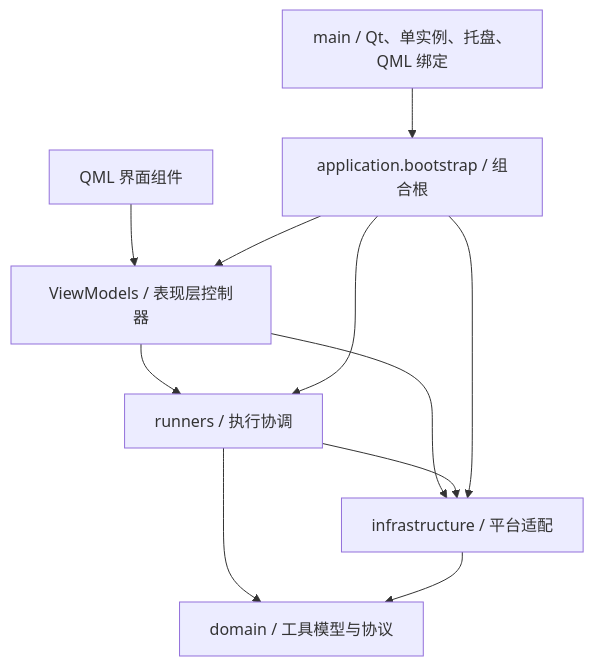
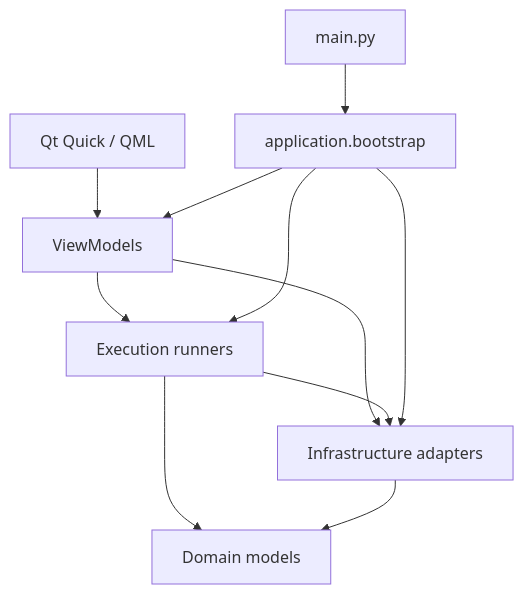
One commit to popkter/PopToolProject changed the diagram in docs/Software-Design.md. Above: the diagram before and after it, drawn with Mermaid. The commit also changed other lines of this file and 45 other files, not shown here.

````diff
--- a/docs/Software-Design.md
+++ b/docs/Software-Design.md
@@ -40,13 +39,13 @@
 ```mermaid
 flowchart TB
-    UI["QML 界面组件"] --> VM["ViewModels / 表现层控制器"]
-    VM --> RUN["runners / 执行协调"]
-    VM --> INF["infrastructure / 平台适配"]
+    UI["Qt Quick / QML"] --> VM["ViewModels"]
+    VM --> RUN["Execution runners"]
+    VM --> INF["Infrastructure adapters"]
     RUN --> INF
-    RUN --> DOM["domain / 工具模型与协议"]
+    RUN --> DOM["Domain models"]
     INF --> DOM
-    APP["application.bootstrap / 组合根"] --> VM
-    APP --> RUN
-    APP --> INF
-    MAIN["main / Qt、单实例、托盘、QML 绑定"] --> APP
+    BOOT["application.bootstrap"] --> VM
+    BOOT --> RUN
+    BOOT --> INF
+    MAIN["main.py"] --> BOOT
 ```
````
